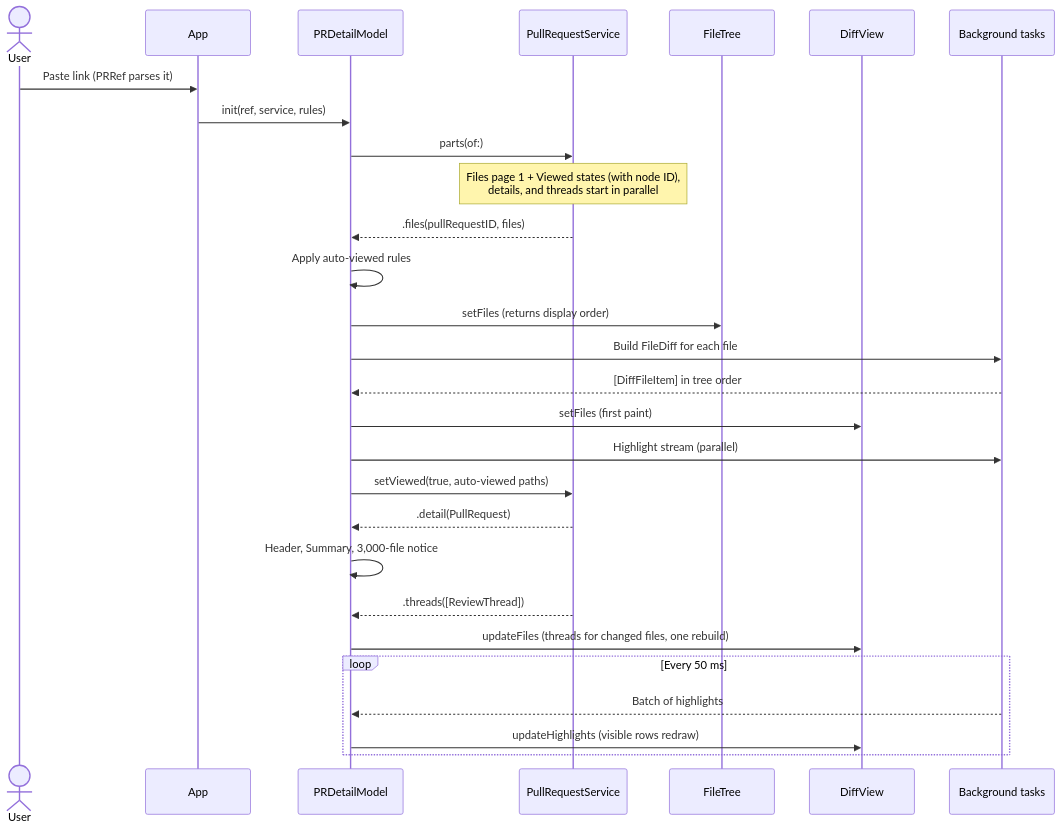
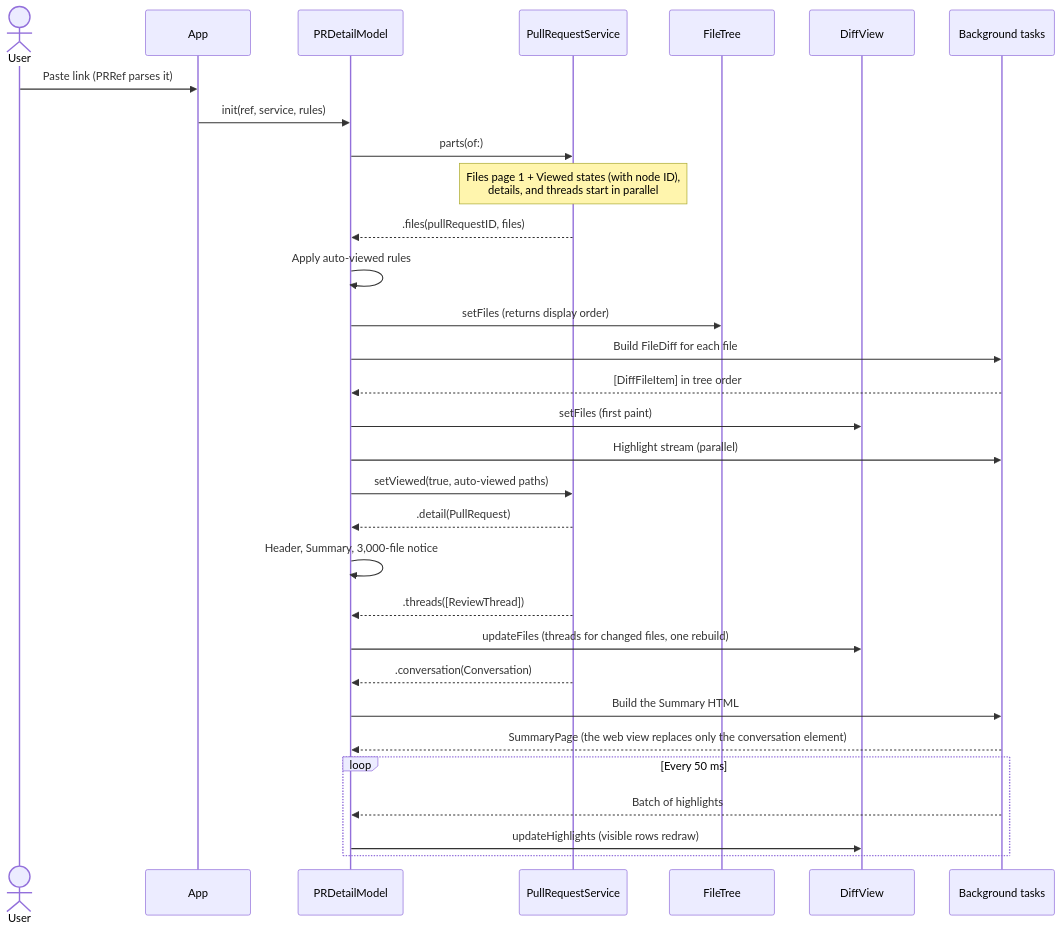
One commit to khoitran19/yuzu changed the second of 4 diagrams in docs/architecture.md. Above: the diagram before and after it, drawn with Mermaid. The commit also changed other lines of this file and 27 other files, not shown here.

First line of the commit message:
feat(summary): show the GitHub conversation and Checks box with cached avatars

````diff
--- a/docs/architecture.md
+++ b/docs/architecture.md
@@ -50,31 +50,34 @@
 ```mermaid
 sequenceDiagram
     actor User
     participant App
     participant Model as PRDetailModel
     participant Service as PullRequestService
     participant Tree as FileTree
     participant Diff as DiffView
     participant BG as Background tasks
 
     User->>App: Paste link (PRRef parses it)
     App->>Model: init(ref, service, rules)
     Model->>Service: parts(of:)
     Note over Service: Files page 1 + Viewed states (with node ID),<br/>details, and threads start in parallel
     Service-->>Model: .files(pullRequestID, files)
     Model->>Model: Apply auto-viewed rules
     Model->>Tree: setFiles (returns display order)
     Model->>BG: Build FileDiff for each file
     BG-->>Model: [DiffFileItem] in tree order
     Model->>Diff: setFiles (first paint)
     Model->>BG: Highlight stream (parallel)
     Model->>Service: setViewed(true, auto-viewed paths)
     Service-->>Model: .detail(PullRequest)
     Model->>Model: Header, Summary, 3,000-file notice
     Service-->>Model: .threads([ReviewThread])
     Model->>Diff: updateFiles (threads for changed files, one rebuild)
+    Service-->>Model: .conversation(Conversation)
+    Model->>BG: Build the Summary HTML
+    BG-->>Model: SummaryPage (the web view replaces only the conversation element)
     loop Every 50 ms
         BG-->>Model: Batch of highlights
         Model->>Diff: updateHighlights (visible rows redraw)
     end
 ```
````
